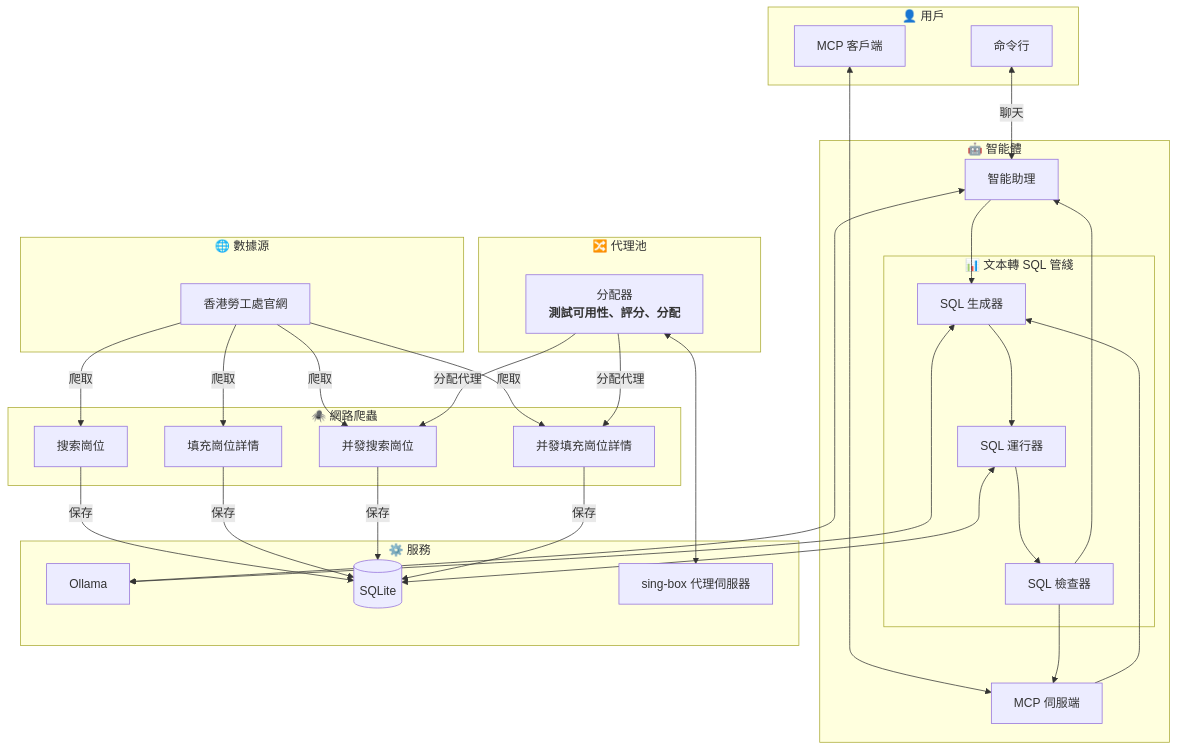
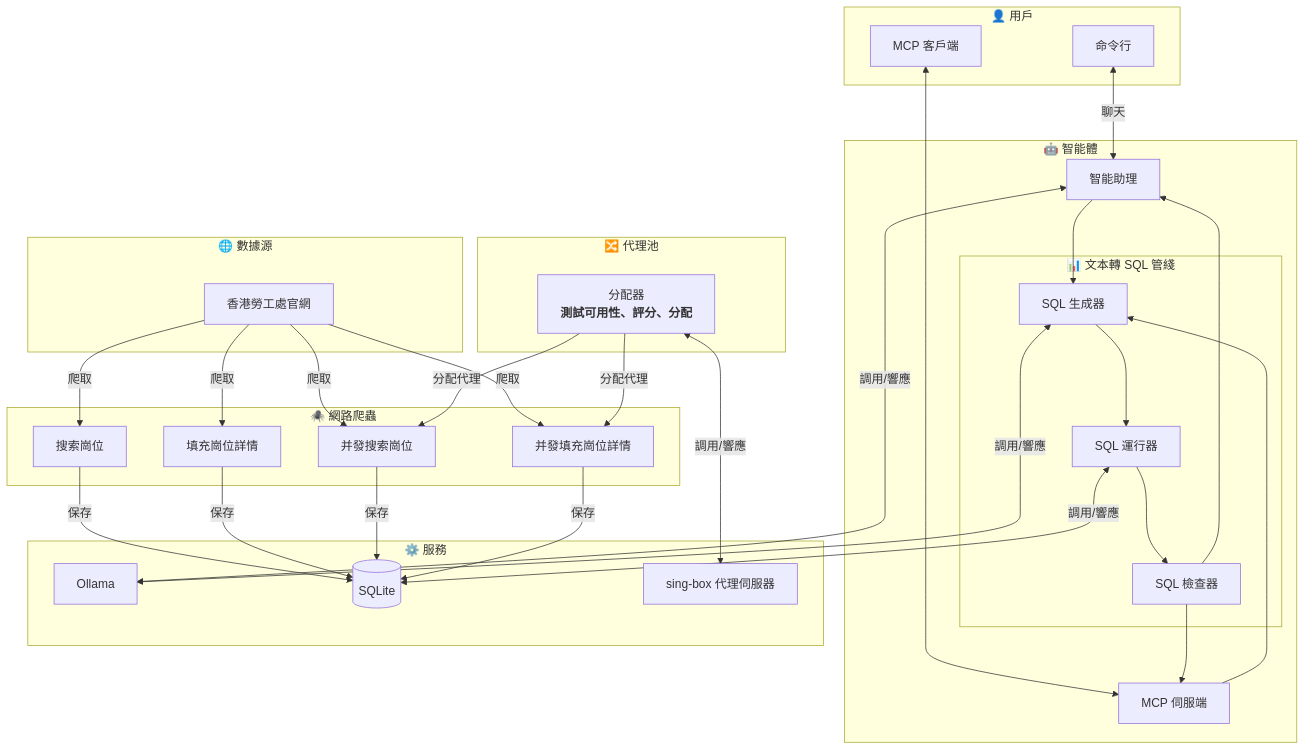
Before and after one commit to JJ-Jacko/jobs_hk: the diagram in README_zh_hk.md, drawn with Mermaid. The commit also changed 2 other files, not shown here.

Commit message:
feat(README.Structure): Call / Respond show.

````diff
--- a/README_zh_hk.md
+++ b/README_zh_hk.md
@@ -51,71 +51,71 @@
 ```mermaid
 flowchart
     subgraph User["👤 用戶"]
         CLI[命令行]
         MCP_CLIENT[MCP 客戶端]
     end
 
     subgraph Scraper["🕷️ 網路爬蟲"]
         search_job[搜索崗位]
         fill_job[填充崗位詳情]
         search_job_mt[并發搜索崗位]
         fill_job_mt[并發填充崗位詳情]
     end
 
     subgraph ProxyPool["🔀 代理池"]
         assigner[分配器<br><strong>測試可用性、評分、分配<strong/>]
     end
 
     subgraph SQL_pipline["📊 文本轉 SQL 管綫"]
         SQL_generator[SQL 生成器]
         SQL_runner[SQL 運行器]
         SQL_checker[SQL 檢查器]
     end
 
     subgraph AI["🤖 智能體"]
         assistant[智能助理]
         MCP_server[MCP 伺服端]
         SQL_pipline
     end
 
     subgraph Service["⚙️ 服務"]
         Ollama[Ollama]
         SQLite[(SQLite)]
         proxy_server["sing-box 代理伺服器"]
     end
 
     subgraph DataSource["🌐 數據源"]
         web_src[香港勞工處官網]
     end
 
     CLI <-->|聊天| assistant
     MCP_CLIENT <--> MCP_server
 
-    assistant <--> Ollama
+    assistant <-->|調用/響應| Ollama
     assistant --> SQL_generator
 
     MCP_server --> SQL_generator
 
     SQL_generator --> SQL_runner
-    SQL_generator <--> Ollama
+    SQL_generator <-->|調用/響應| Ollama
 
     SQL_runner --> SQL_checker
-    SQL_runner <--> SQLite
+    SQL_runner <-->|調用/響應| SQLite
 
     SQL_checker --> assistant
     SQL_checker --> MCP_server
 
     web_src -->|爬取| search_job
     web_src -->|爬取| fill_job
     web_src -->|爬取| search_job_mt
     web_src -->|爬取| fill_job_mt
 
     search_job -->|保存| SQLite
     fill_job -->|保存| SQLite
     search_job_mt -->|保存| SQLite
     fill_job_mt -->|保存| SQLite
 
     assigner -->|分配代理| search_job_mt
     assigner -->|分配代理| fill_job_mt
-    assigner <--> proxy_server
+    assigner <-->|調用/響應| proxy_server
 ```
````
